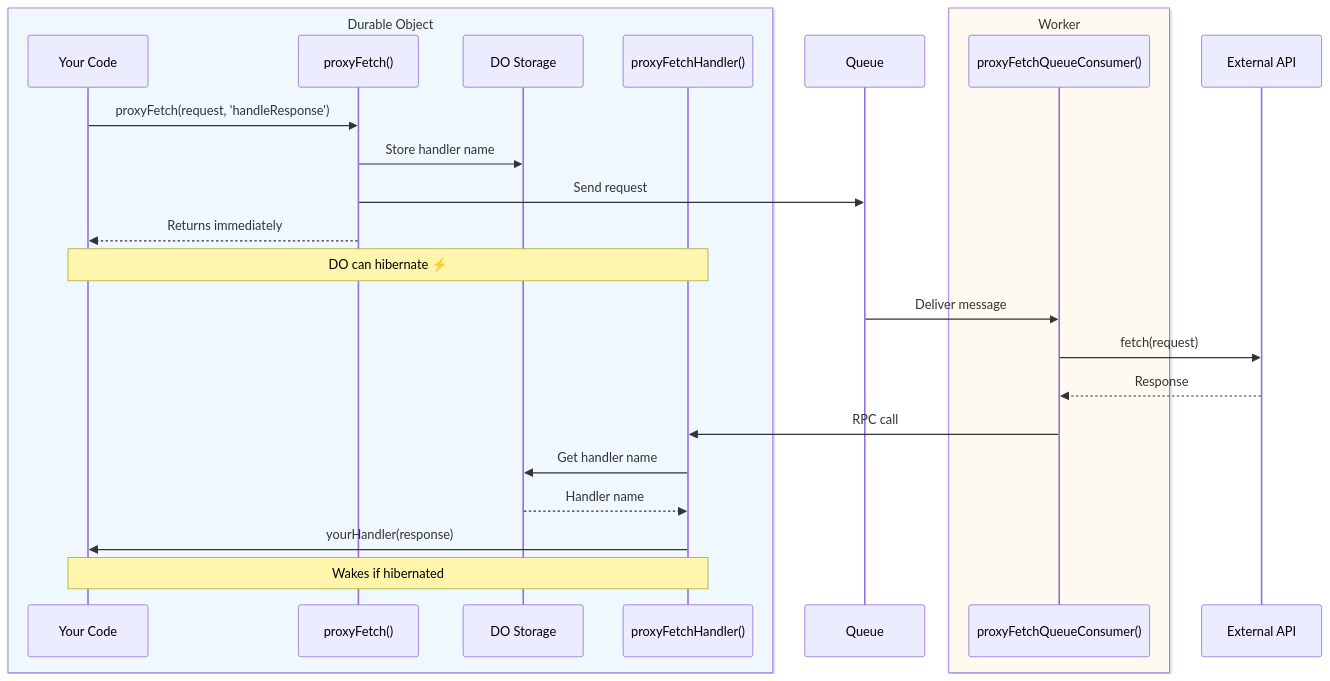
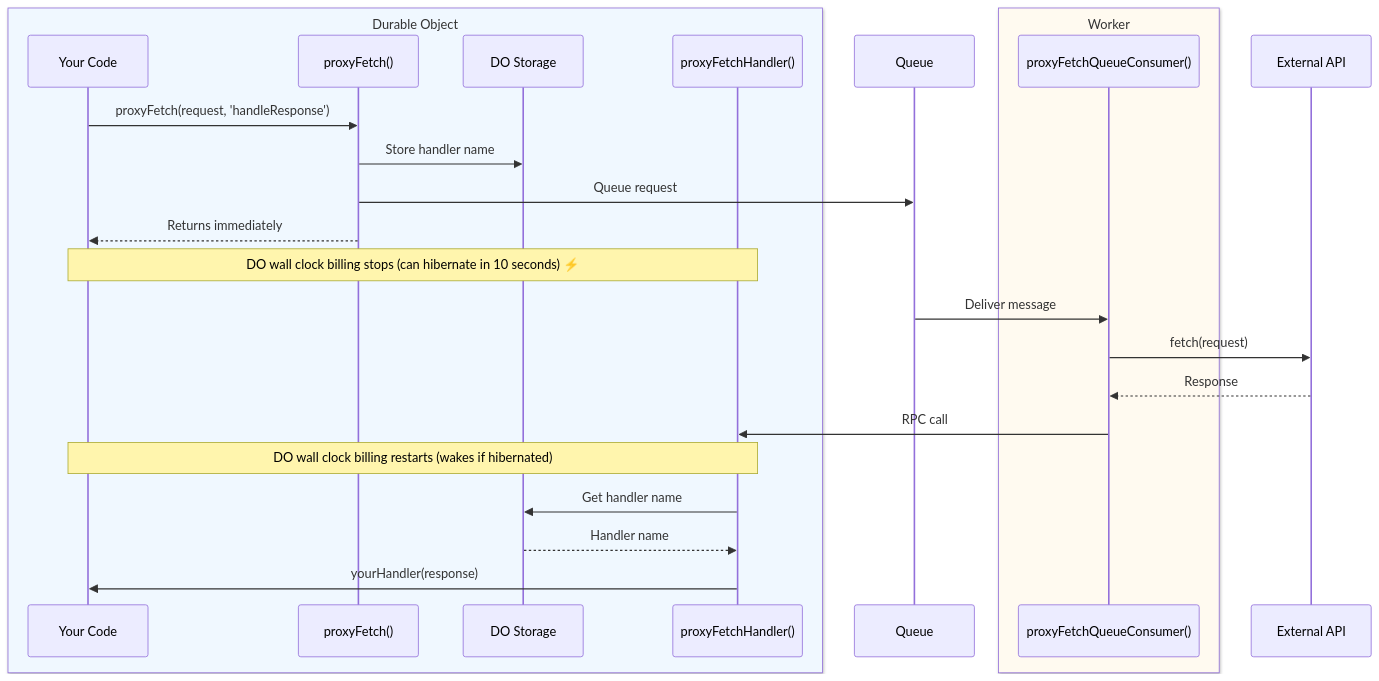
The diagram in website/docs/proxy-fetch/index.mdx (lumenize/lumenize), drawn with Mermaid before and after one commit. The commit also changed other lines of this file and 8 other files, not shown here.

````diff
--- a/website/docs/proxy-fetch/index.mdx
+++ b/website/docs/proxy-fetch/index.mdx
@@ -48,29 +44,29 @@
 ```mermaid @skip-check
 sequenceDiagram
     box rgb(240, 248, 255) Durable Object
         participant User as Your Code
         participant ProxyFetch as proxyFetch()
         participant Storage as DO Storage
         participant ProxyFetchHandler as proxyFetchHandler()
     end
     participant Queue as Queue
     box rgb(255, 250, 240) Worker
         participant QueueConsumer as proxyFetchQueueConsumer()
     end
     participant API as External API
 
     User->>ProxyFetch: proxyFetch(request, 'handleResponse')
     ProxyFetch->>Storage: Store handler name
-    ProxyFetch->>Queue: Send request
+    ProxyFetch->>Queue: Queue request
     ProxyFetch-->>User: Returns immediately
-    Note over User,ProxyFetchHandler: DO can hibernate ⚡
+    Note over User,ProxyFetchHandler: DO wall clock billing stops (can hibernate in 10 seconds) ⚡
 
     Queue->>QueueConsumer: Deliver message
     QueueConsumer->>API: fetch(request)
     API-->>QueueConsumer: Response
     QueueConsumer->>ProxyFetchHandler: RPC call
+    Note over User,ProxyFetchHandler: DO wall clock billing restarts (wakes if hibernated)
     ProxyFetchHandler->>Storage: Get handler name
     Storage-->>ProxyFetchHandler: Handler name
     ProxyFetchHandler->>User: yourHandler(response)
-    Note over User,ProxyFetchHandler: Wakes if hibernated
 ```
````
